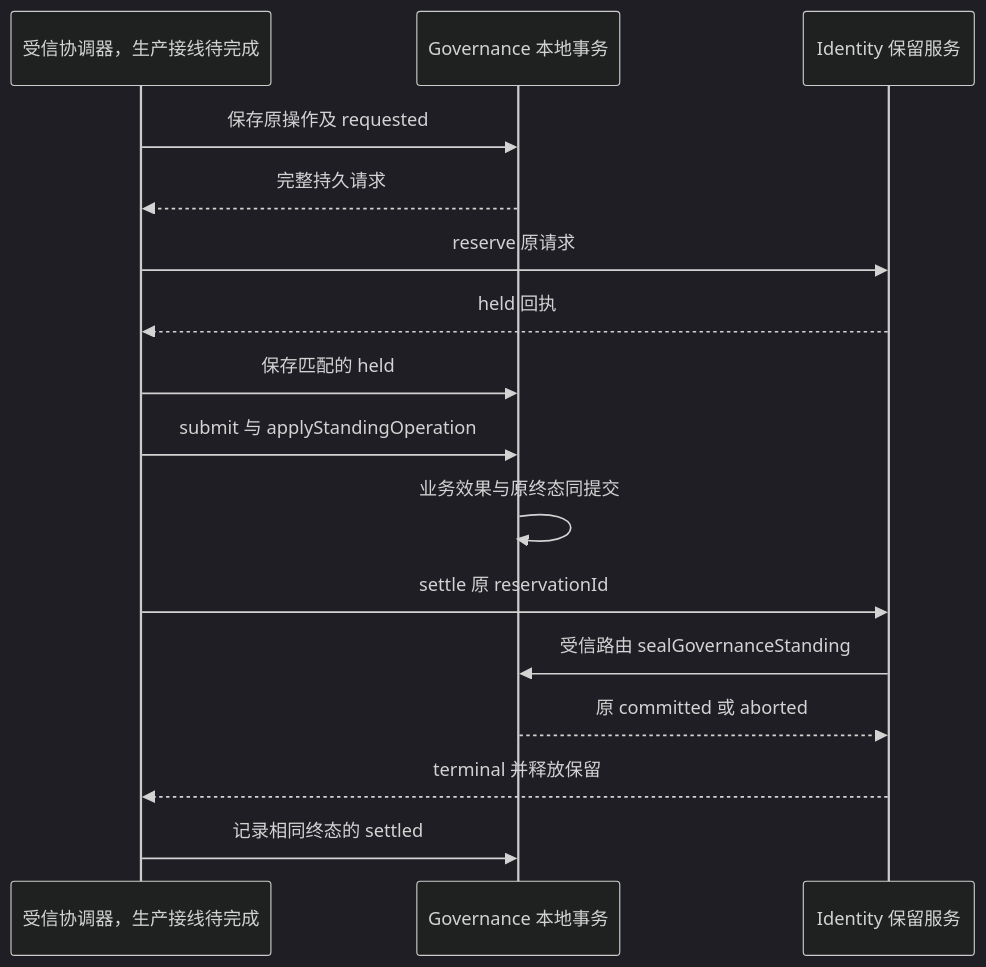
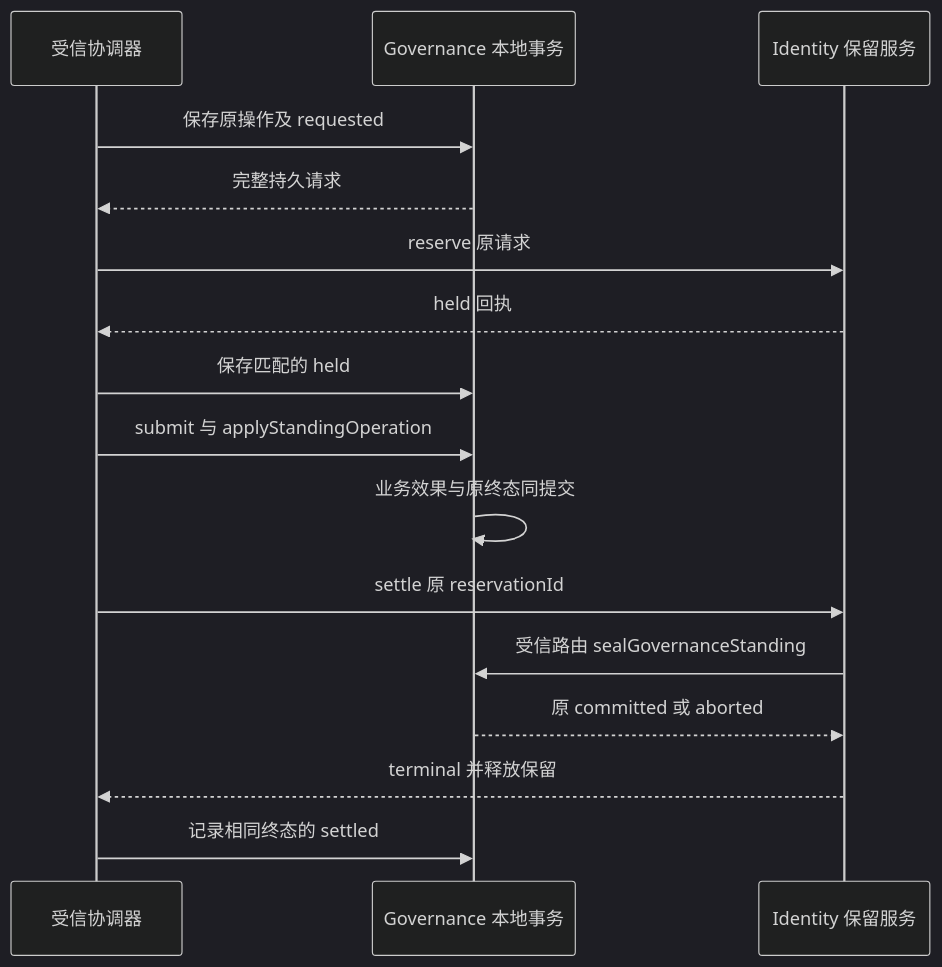
Before and after one commit to nemori-ai/omne-harness-lite: the tenth of 21 diagrams in packages/governance/governance-local/docs/architecture.md, drawn with Mermaid (dark theme). The commit also changed other lines of this file and 223 other files, not shown here.

````diff
--- a/packages/governance/governance-local/docs/architecture.md
+++ b/packages/governance/governance-local/docs/architecture.md
@@ -162,18 +212,18 @@
 ```mermaid
 sequenceDiagram
-  participant C as 受信协调器，生产接线待完成
+  participant C as 受信协调器
   participant G as Governance 本地事务
   participant I as Identity 保留服务
   C->>G: 保存原操作及 requested
   G-->>C: 完整持久请求
   C->>I: reserve 原请求
   I-->>C: held 回执
   C->>G: 保存匹配的 held
   C->>G: submit 与 applyStandingOperation
   G->>G: 业务效果与原终态同提交
   C->>I: settle 原 reservationId
   I->>G: 受信路由 sealGovernanceStanding
   G-->>I: 原 committed 或 aborted
   I-->>C: terminal 并释放保留
   C->>G: 记录相同终态的 settled
 ```
````
